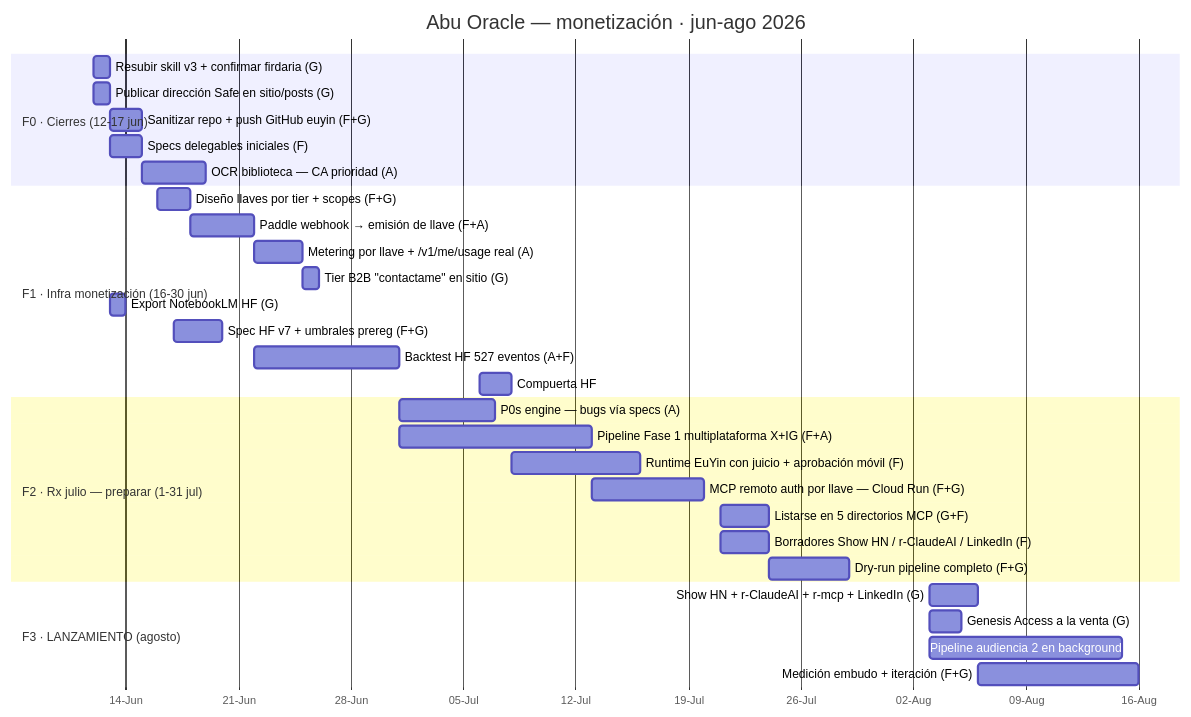
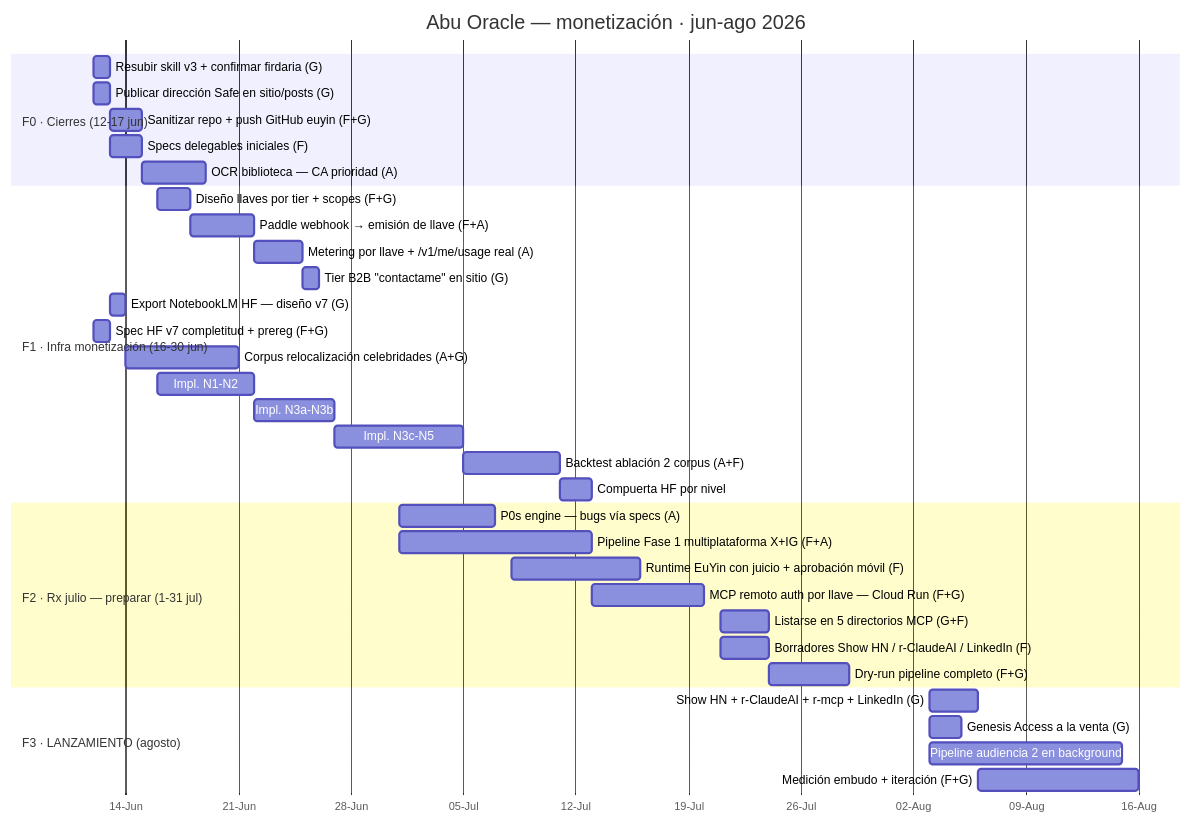
One commit to GuillermoSiaira/euyin-agent changed the diagram in ROADMAP.md. Above: the diagram before and after it, drawn with Mermaid. The commit also changed other lines of this file and 3 other files, not shown here.

First line of the commit message:
HF v7: reorientar a completitud doctrinal + corpus de relocalización

````diff
--- a/ROADMAP.md
+++ b/ROADMAP.md
@@ -46,38 +46,42 @@
 ```mermaid
 gantt
   dateFormat YYYY-MM-DD
   title Abu Oracle — monetización · jun-ago 2026
   axisFormat %d-%b
 
   section F0 · Cierres (12-17 jun)
   Resubir skill v3 + confirmar firdaria (G)      :f01, 2026-06-12, 1d
   Publicar dirección Safe en sitio/posts (G)     :f02, 2026-06-12, 1d
   Sanitizar repo + push GitHub euyin (F+G)       :f03, 2026-06-13, 2d
   Specs delegables iniciales (F)                 :f04, 2026-06-13, 2d
   OCR biblioteca — CA prioridad (A)              :f05, 2026-06-15, 4d
 
   section F1 · Infra monetización (16-30 jun)
   Diseño llaves por tier + scopes (F+G)          :m1, 2026-06-16, 2d
   Paddle webhook → emisión de llave (F+A)        :m2, after m1, 4d
   Metering por llave + /v1/me/usage real (A)     :m3, 2026-06-22, 3d
   Tier B2B "contactame" en sitio (G)             :m4, 2026-06-25, 1d
-  Export NotebookLM HF (G)                       :h1, 2026-06-13, 1d
-  Spec HF v7 + umbrales prereg (F+G)             :h2, 2026-06-17, 3d
-  Backtest HF 527 eventos (A+F)                  :h3, 2026-06-22, 9d
-  Compuerta HF: pasa/no pasa (G)                 :h4, 2026-07-06, 2d
+  Export NotebookLM HF — diseño v7 (G)           :h1, 2026-06-13, 1d
+  Spec HF v7 completitud + prereg (F+G)          :h2, 2026-06-12, 1d
+  Corpus relocalización celebridades (A+G)       :h3, 2026-06-14, 7d
+  Impl. N1-N2: secta + dignidad en campo (A)     :h4, 2026-06-16, 6d
+  Impl. N3a-N3b: recepción + antiscios (A)       :h5, 2026-06-22, 5d
+  Impl. N3c-N5: parans + ángulos + tránsito (A)  :h6, 2026-06-27, 8d
+  Backtest ablación 2 corpus (A+F)               :h7, 2026-07-05, 6d
+  Compuerta HF por nivel: pasa/no pasa (G)       :h8, 2026-07-11, 2d
 
   section F2 · Rx julio — preparar (1-31 jul)
   P0s engine — bugs vía specs (A)                :p1, 2026-07-01, 6d
   Pipeline Fase 1 multiplataforma X+IG (F+A)     :p2, 2026-07-01, 12d
   Runtime EuYin con juicio + aprobación móvil (F):p3, 2026-07-08, 8d
   MCP remoto auth por llave — Cloud Run (F+G)    :p4, 2026-07-13, 7d
   Listarse en 5 directorios MCP (G+F)            :p5, 2026-07-21, 3d
   Borradores Show HN / r-ClaudeAI / LinkedIn (F) :p6, 2026-07-21, 3d
   Dry-run pipeline completo (F+G)                :p7, 2026-07-24, 5d
 
   section F3 · LANZAMIENTO (agosto)
   Show HN + r-ClaudeAI + r-mcp + LinkedIn (G)    :l1, 2026-08-03, 3d
   Genesis Access a la venta (G)                  :l2, 2026-08-03, 2d
   Pipeline audiencia 2 en background             :l3, 2026-08-03, 12d
   Medición embudo + iteración (F+G)              :l4, 2026-08-06, 10d
 ```
````
